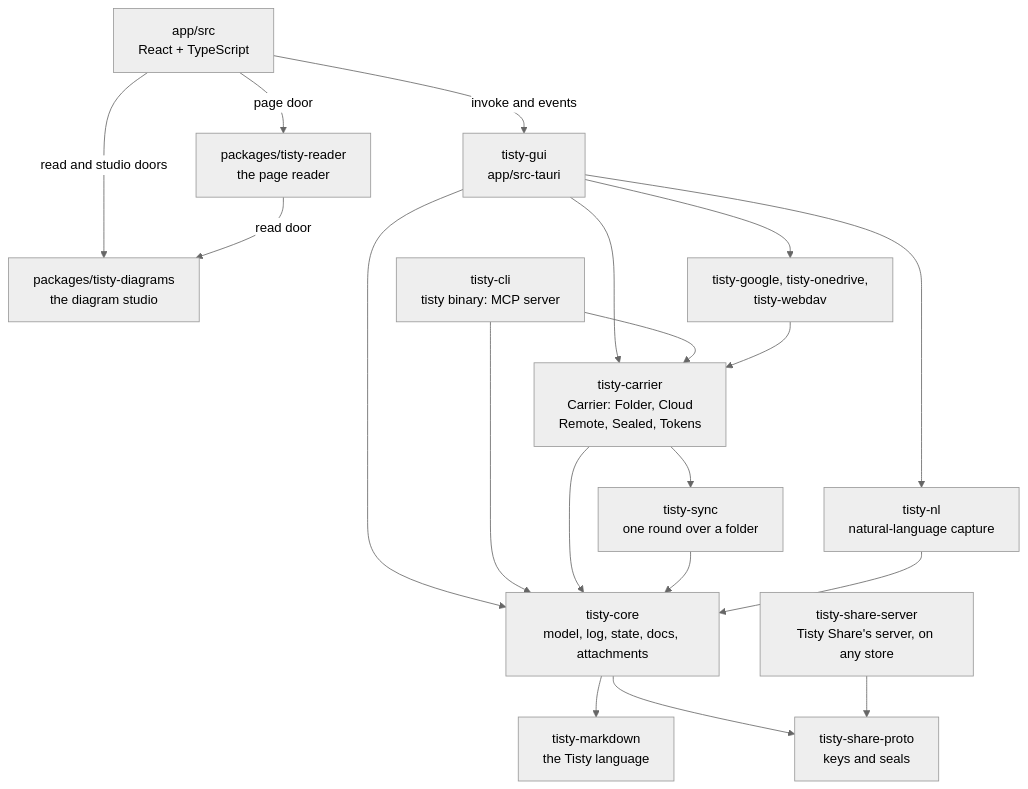
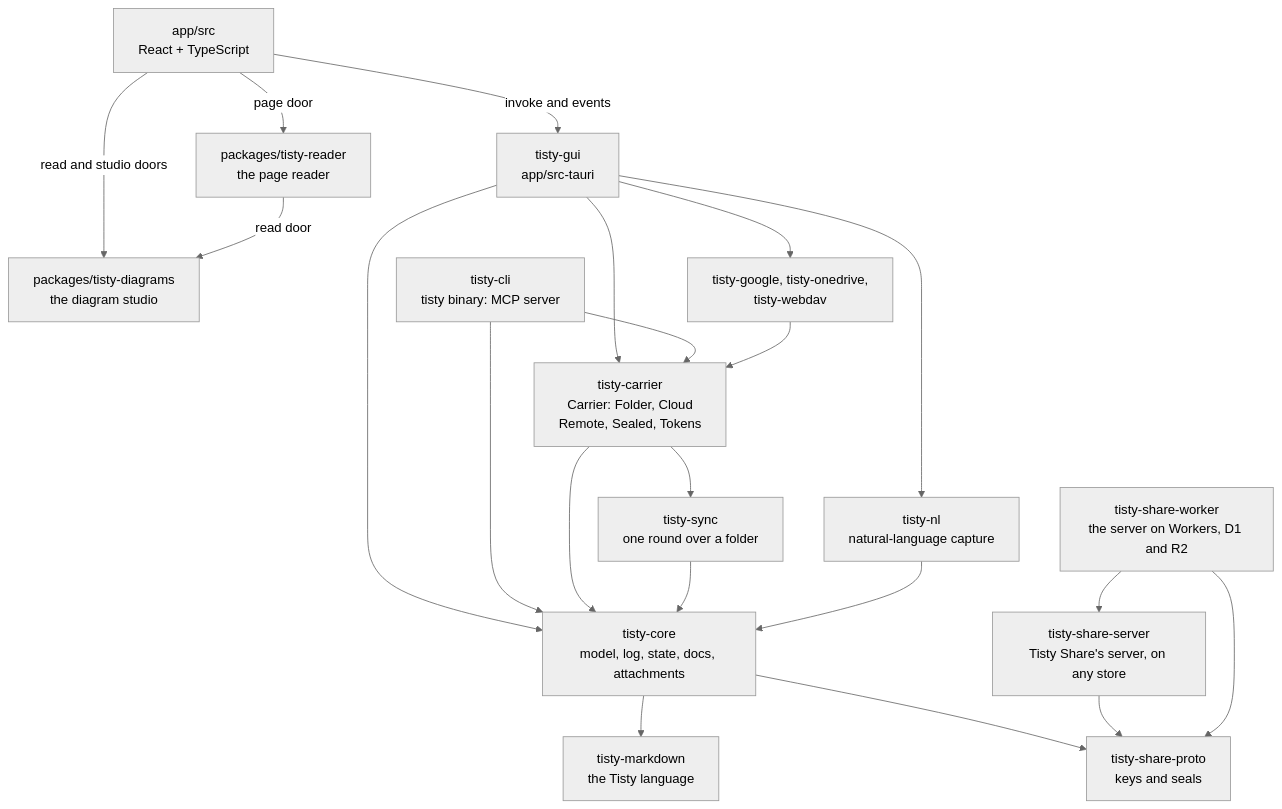
Before and after one commit to rgdevment/Tisty: the first of 5 diagrams in docs/ARCHITECTURE.md, drawn with Mermaid (neutral theme). The commit also changed other lines of this file and 27 other files, not shown here.

First line of the commit message:
feat(share): the server answers over HTTP on Cloudflare Workers, kept in D1 and R2, with its limits said /limits (#496)

````diff
--- a/docs/ARCHITECTURE.md
+++ b/docs/ARCHITECTURE.md
@@ -49,34 +49,37 @@
 ```mermaid
 flowchart TB
   react["app/src<br/>React + TypeScript"]
   studio["packages/tisty-diagrams<br/>the diagram studio"]
   reader["packages/tisty-reader<br/>the page reader"]
   gui["tisty-gui<br/>app/src-tauri"]
   cli["tisty-cli<br/>tisty binary: MCP server"]
   providers["tisty-google, tisty-onedrive,<br/>tisty-webdav"]
   carrier["tisty-carrier<br/>Carrier: Folder, Cloud<br/>Remote, Sealed, Tokens"]
   sync["tisty-sync<br/>one round over a folder"]
   nl["tisty-nl<br/>natural-language capture"]
   core["tisty-core<br/>model, log, state, docs, attachments"]
   md["tisty-markdown<br/>the Tisty language"]
   proto["tisty-share-proto<br/>keys and seals"]
   server["tisty-share-server<br/>Tisty Share's server, on any store"]
+  worker["tisty-share-worker<br/>the server on Workers, D1 and R2"]
   react -- "invoke and events" --> gui
   react -- "read and studio doors" --> studio
   react -- "page door" --> reader
   reader -- "read door" --> studio
   gui --> carrier
   gui --> providers
   gui --> nl
   gui --> core
   cli --> carrier
   cli --> core
   providers --> carrier
   carrier --> sync
   carrier --> core
   sync --> core
   nl --> core
   core --> md
   core --> proto
   server --> proto
+  worker --> server
+  worker --> proto
 ```
````
